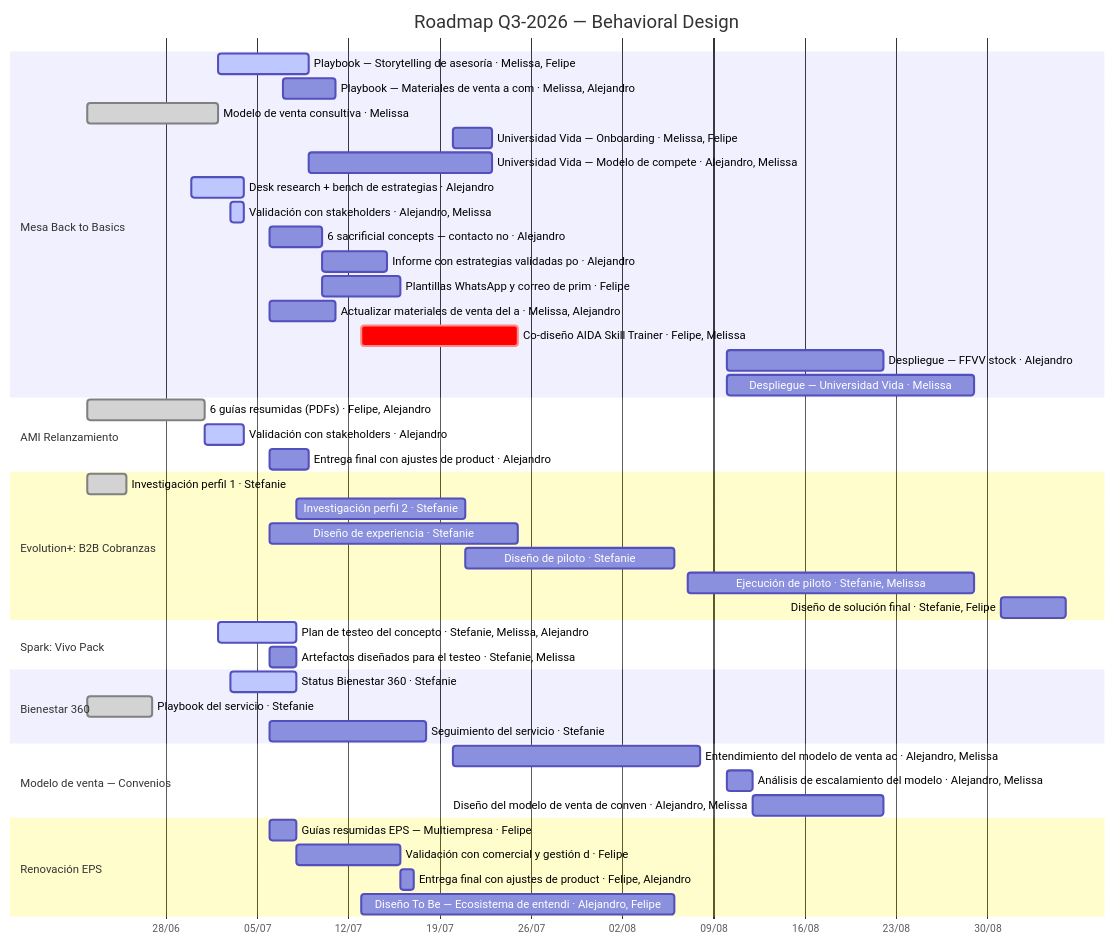
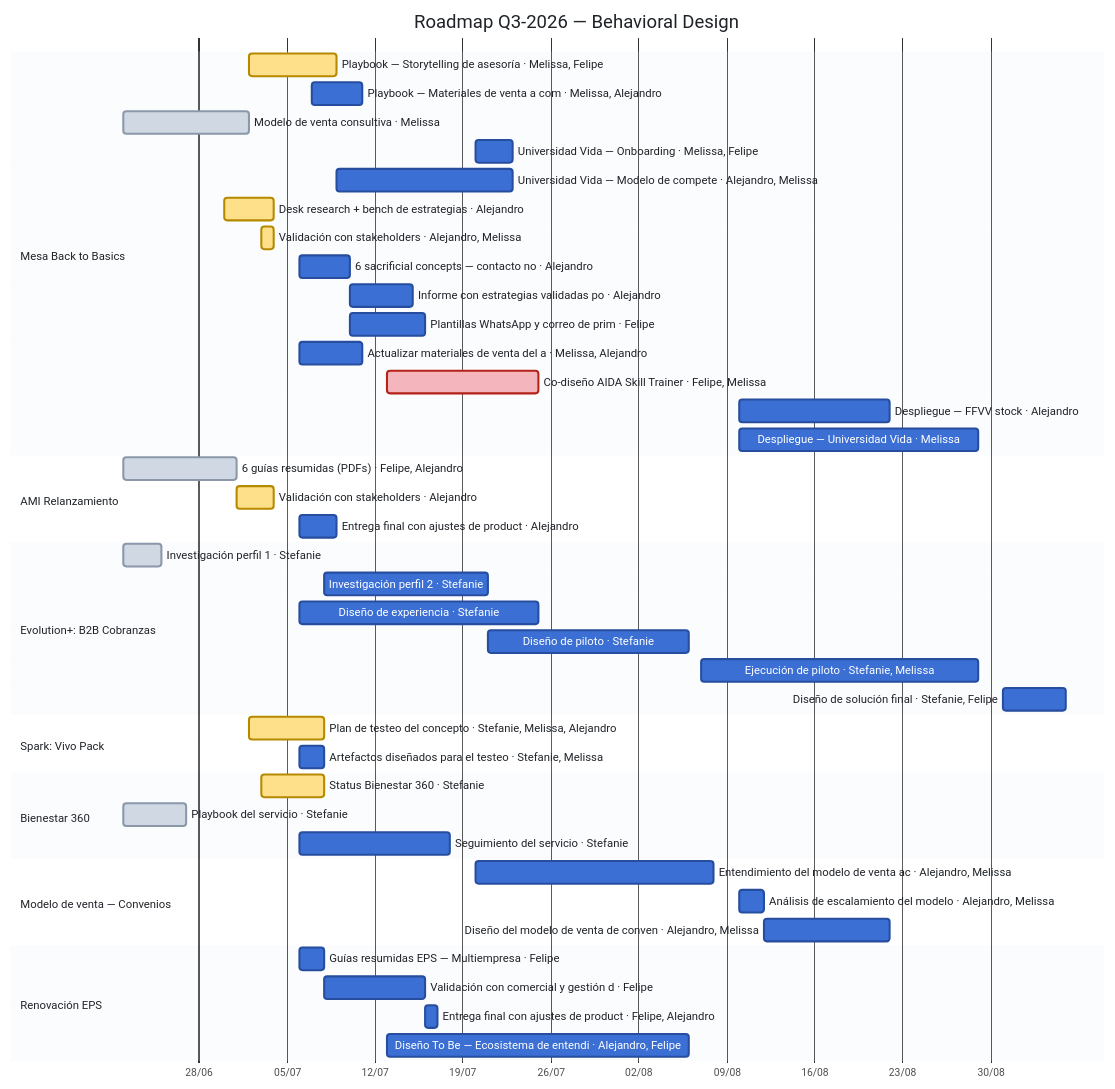
The diagram in TABLERO_BEHOLDER.md (Rumipyramid/Machine_Learning), drawn with Mermaid before and after one commit. The commit also changed other lines of this file and 6 other files, not shown here.

First line of the commit message:
Beholder v1.6.0: Gantt de alto contraste + mascota animada con lema

````diff
--- a/TABLERO_BEHOLDER.md
+++ b/TABLERO_BEHOLDER.md
@@ -56,48 +58,49 @@
 ```mermaid
+%%{init: {"theme":"base","gantt":{"barHeight":22,"barGap":6,"leftPadding":110},"themeVariables":{"fontSize":"13px","textColor":"#1F2328","titleColor":"#1F2328","sectionBkgColor":"#EAF0FA","altSectionBkgColor":"#FFFFFF","sectionBkgColor2":"#EAF0FA","taskBkgColor":"#3B6FD4","taskBorderColor":"#274E9E","taskTextColor":"#FFFFFF","taskTextOutsideColor":"#1F2328","taskTextDarkColor":"#1F2328","activeTaskBkgColor":"#FFE08A","activeTaskBorderColor":"#B58900","doneTaskBkgColor":"#CFD8E3","doneTaskBorderColor":"#8B98A9","critBkgColor":"#F4B6BC","critBorderColor":"#B42318","todayLineColor":"#D93025"}}}%%
 gantt
   dateFormat YYYY-MM-DD
   axisFormat %d/%m
   title Roadmap Q3-2026 — Behavioral Design
   section Mesa Back to Basics
   Playbook — Storytelling de asesoría · Melissa, Felipe :active, 2026-07-02, 2026-07-09
   Playbook — Materiales de venta a com · Melissa, Alejandro :2026-07-07, 2026-07-11
   Modelo de venta consultiva · Melissa :done, 2026-06-22, 2026-07-02
   Universidad Vida — Onboarding · Melissa, Felipe :2026-07-20, 2026-07-23
   Universidad Vida — Modelo de compete · Alejandro, Melissa :2026-07-09, 2026-07-23
   Desk research + bench de estrategias · Alejandro :active, 2026-06-30, 2026-07-04
   Validación con stakeholders · Alejandro, Melissa :active, 2026-07-03, 2026-07-04
   6 sacrificial concepts — contacto no · Alejandro :2026-07-06, 2026-07-10
   Informe con estrategias validadas po · Alejandro :2026-07-10, 2026-07-15
   Plantillas WhatsApp y correo de prim · Felipe :2026-07-10, 2026-07-16
   Actualizar materiales de venta del a · Melissa, Alejandro :2026-07-06, 2026-07-11
   Co-diseño AIDA Skill Trainer · Felipe, Melissa :crit, 2026-07-13, 2026-07-25
   Despliegue — FFVV stock · Alejandro :2026-08-10, 2026-08-22
   Despliegue — Universidad Vida · Melissa :2026-08-10, 2026-08-29
   section AMI Relanzamiento
   6 guías resumidas (PDFs) · Felipe, Alejandro :done, 2026-06-22, 2026-07-01
   Validación con stakeholders · Alejandro :active, 2026-07-01, 2026-07-04
   Entrega final con ajustes de product · Alejandro :2026-07-06, 2026-07-09
   section Evolution+: B2B Cobranzas
   Investigación perfil 1 · Stefanie :done, 2026-06-22, 2026-06-25
   Investigación perfil 2 · Stefanie :2026-07-08, 2026-07-21
   Diseño de experiencia · Stefanie :2026-07-06, 2026-07-25
   Diseño de piloto · Stefanie :2026-07-21, 2026-08-06
   Ejecución de piloto · Stefanie, Melissa :2026-08-07, 2026-08-29
   Diseño de solución final · Stefanie, Felipe :2026-08-31, 2026-09-05
   section Spark: Vivo Pack
   Plan de testeo del concepto · Stefanie, Melissa, Alejandro :active, 2026-07-02, 2026-07-08
   Artefactos diseñados para el testeo · Stefanie, Melissa :2026-07-06, 2026-07-08
   section Bienestar 360
   Status Bienestar 360 · Stefanie :active, 2026-07-03, 2026-07-08
   Playbook del servicio · Stefanie :done, 2026-06-22, 2026-06-27
   Seguimiento del servicio · Stefanie :2026-07-06, 2026-07-18
   section Modelo de venta — Convenios
   Entendimiento del modelo de venta ac · Alejandro, Melissa :2026-07-20, 2026-08-08
   Análisis de escalamiento del modelo  · Alejandro, Melissa :2026-08-10, 2026-08-12
   Diseño del modelo de venta de conven · Alejandro, Melissa :2026-08-12, 2026-08-22
   section Renovación EPS
   Guías resumidas EPS — Multiempresa · Felipe :2026-07-06, 2026-07-08
   Validación con comercial y gestión d · Felipe :2026-07-08, 2026-07-16
   Entrega final con ajustes de product · Felipe, Alejandro :2026-07-16, 2026-07-17
   Diseño To Be — Ecosistema de entendi · Alejandro, Felipe :2026-07-13, 2026-08-06
 ```
````
